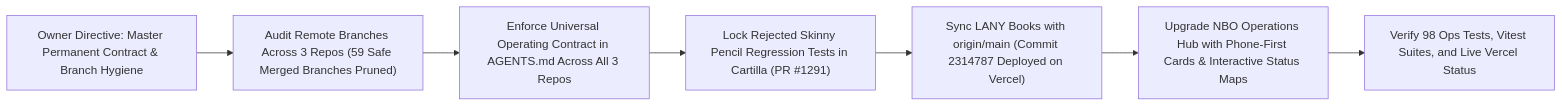
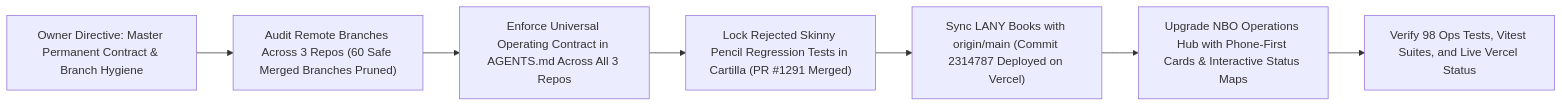
One commit to ejnburrows-rgb/Command-Center- changed the second of 2 diagrams in docs/OWNER-VISUAL-STATUS.md. Above: the diagram before and after it, drawn with Mermaid. The commit also changed other lines of this file and 1 other file, not shown here.

Commit message:
docs(status): sync Cartilla PR #1291 merge, 38 remote branches, and verified live status

````diff
--- a/docs/OWNER-VISUAL-STATUS.md
+++ b/docs/OWNER-VISUAL-STATUS.md
@@ -33,10 +33,10 @@
 ```mermaid
 flowchart LR
     REQ["Owner Directive: Master Permanent Contract & Branch Hygiene"] 
-    --> AUDIT["Audit Remote Branches Across 3 Repos (59 Safe Merged Branches Pruned)"]
+    --> AUDIT["Audit Remote Branches Across 3 Repos (60 Safe Merged Branches Pruned)"]
     --> RULES["Enforce Universal Operating Contract in AGENTS.md Across All 3 Repos"]
-    --> LOCKS["Lock Rejected Skinny Pencil Regression Tests in Cartilla (PR #1291)"]
+    --> LOCKS["Lock Rejected Skinny Pencil Regression Tests in Cartilla (PR #1291 Merged)"]
     --> SYNC["Sync LANY Books with origin/main (Commit 2314787 Deployed on Vercel)"]
     --> UPGRADE["Upgrade NBO Operations Hub with Phone-First Cards & Interactive Status Maps"]
     --> VERIFY["Verify 98 Ops Tests, Vitest Suites, and Live Vercel Status"]
 ```
````
